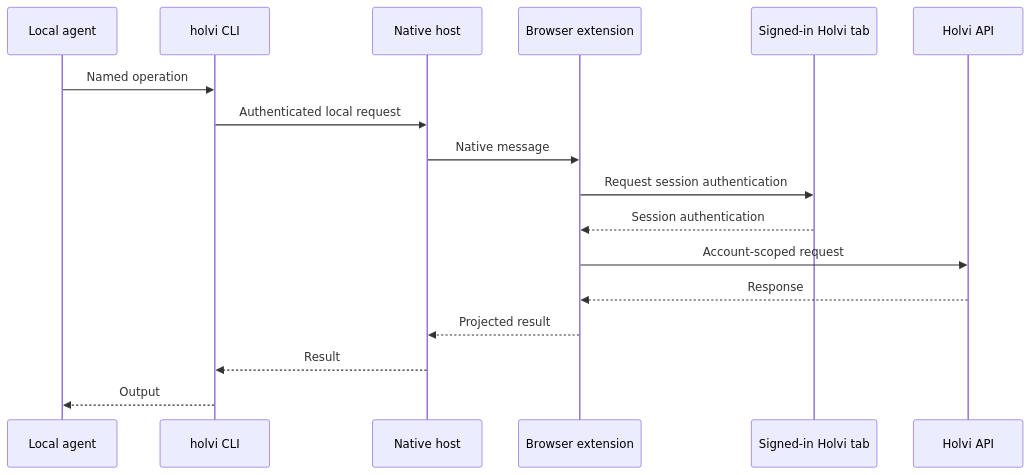
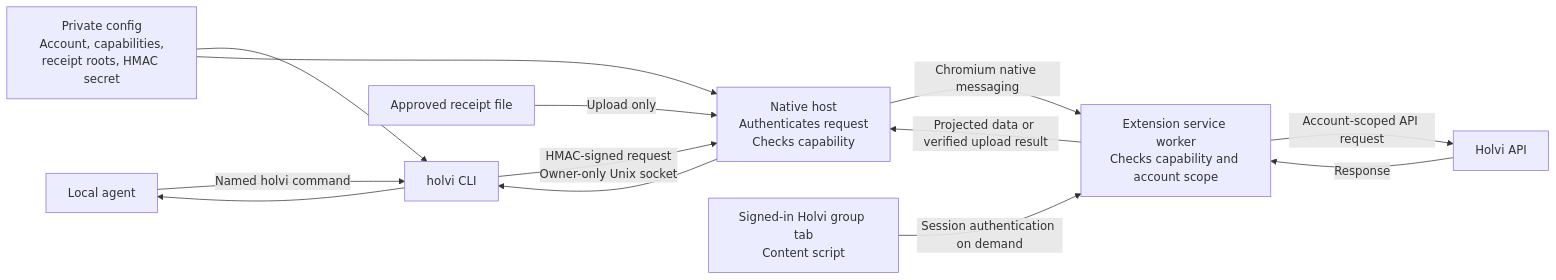
The diagram in README.md (raine/holvi-agent-bridge), drawn with Mermaid before and after one commit.

Commit message:
readme: diagram bridge request flow
Show how a local agent reaches Holvi through the CLI, authenticated Unix socket,
native host, Chromium extension, and signed-in group tab. Include the private
configuration and approved receipt file inputs so the diagram communicates the
main trust boundaries and capability checks.

````diff
--- a/README.md
+++ b/README.md
@@ -12,20 +12,15 @@
 ```mermaid
-sequenceDiagram
-    participant Agent as Local agent
-    participant CLI as holvi CLI
-    participant Host as Native host
-    participant Extension as Browser extension
-    participant Tab as Signed-in Holvi tab
-    participant API as Holvi API
-
-    Agent->>CLI: Named operation
-    CLI->>Host: Authenticated local request
-    Host->>Extension: Native message
-    Extension->>Tab: Request session authentication
-    Tab-->>Extension: Session authentication
-    Extension->>API: Account-scoped request
-    API-->>Extension: Response
-    Extension-->>Host: Projected result
-    Host-->>CLI: Result
-    CLI-->>Agent: Output
+flowchart LR
+    Agent["Local agent"] -->|"Named holvi command"| CLI["holvi CLI"]
+    Config["Private config<br/>Account, capabilities,<br/>receipt roots, HMAC secret"] --> CLI
+    CLI -->|"HMAC-signed request<br/>Owner-only Unix socket"| Host["Native host<br/>Authenticates request<br/>Checks capability"]
+    Config --> Host
+    Receipt["Approved receipt file"] -->|"Upload only"| Host
+    Host -->|"Chromium native messaging"| Extension["Extension service worker<br/>Checks capability and account scope"]
+    Tab["Signed-in Holvi group tab<br/>Content script"] -->|"Session authentication on demand"| Extension
+    Extension -->|"Account-scoped API request"| API["Holvi API"]
+    API -->|"Response"| Extension
+    Extension -->|"Projected data or verified upload result"| Host
+    Host --> CLI
+    CLI --> Agent
 ```
````
